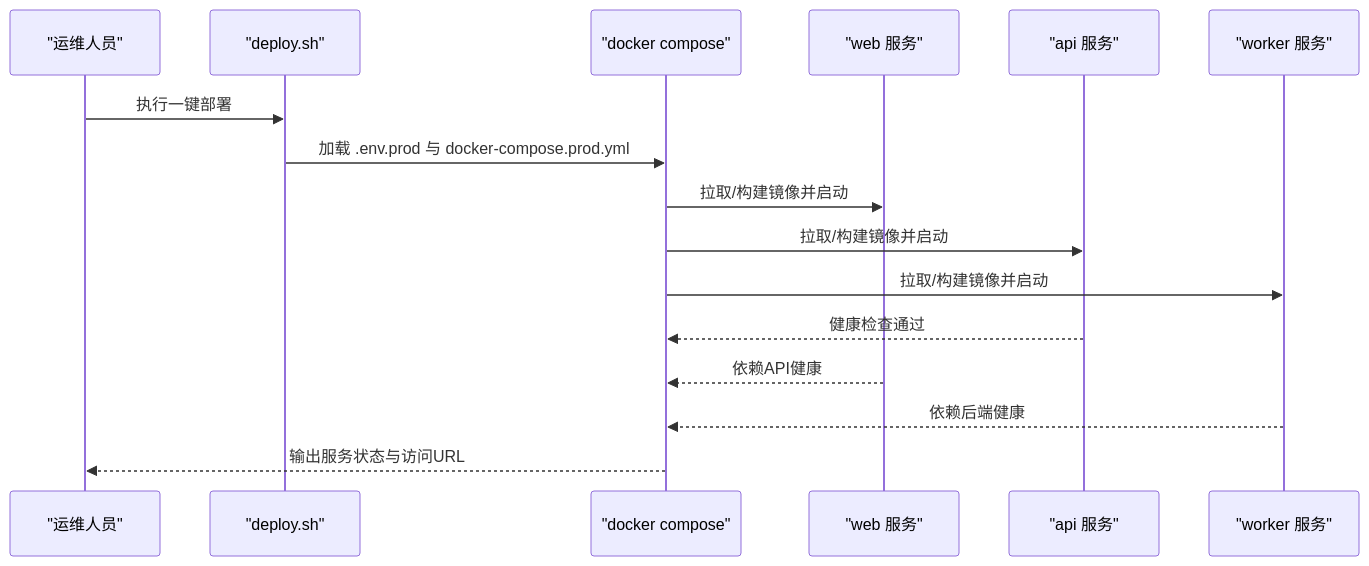
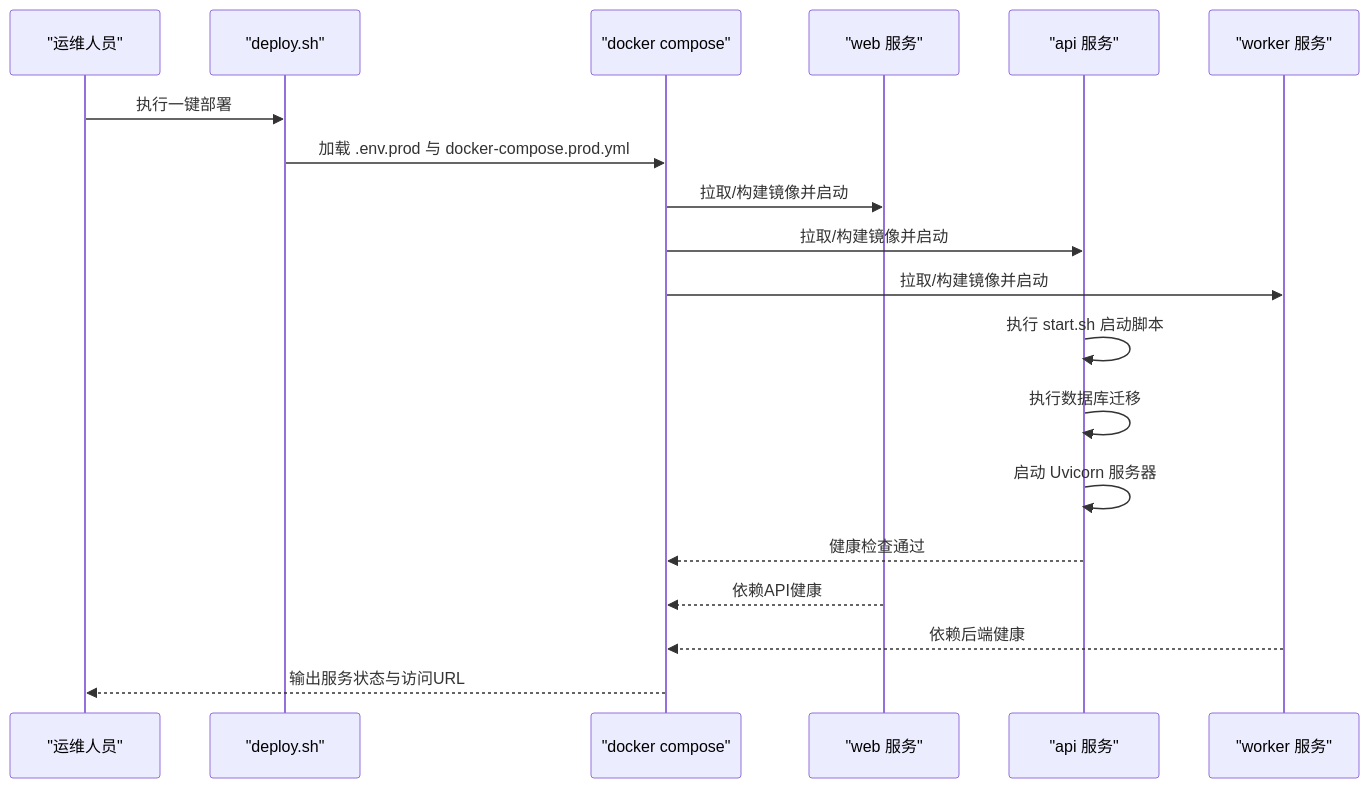
One commit to selectzhangyuan/AI-photo-coach changed the fourth of 5 diagrams in .qoder/repowiki/zh/content/部署和运维/部署脚本和自动化.md. Above: the diagram before and after it, drawn with Mermaid. The commit also changed other lines of this file and 28 other files, not shown here.

````diff
--- a/.qoder/repowiki/zh/content/部署和运维/部署脚本和自动化.md
+++ b/.qoder/repowiki/zh/content/部署和运维/部署脚本和自动化.md
@@ -147,18 +187,21 @@
 ```mermaid
 sequenceDiagram
 participant Admin as "运维人员"
 participant Script as "deploy.sh"
 participant Compose as "docker compose"
 participant Web as "web 服务"
 participant API as "api 服务"
 participant Worker as "worker 服务"
 Admin->>Script : 执行一键部署
 Script->>Compose : 加载 .env.prod 与 docker-compose.prod.yml
 Compose->>Web : 拉取/构建镜像并启动
 Compose->>API : 拉取/构建镜像并启动
 Compose->>Worker : 拉取/构建镜像并启动
+API->>API : 执行 start.sh 启动脚本
+API->>API : 执行数据库迁移
+API->>API : 启动 Uvicorn 服务器
 API-->>Compose : 健康检查通过
 Web-->>Compose : 依赖API健康
 Worker-->>Compose : 依赖后端健康
 Compose-->>Admin : 输出服务状态与访问URL
 ```
````
